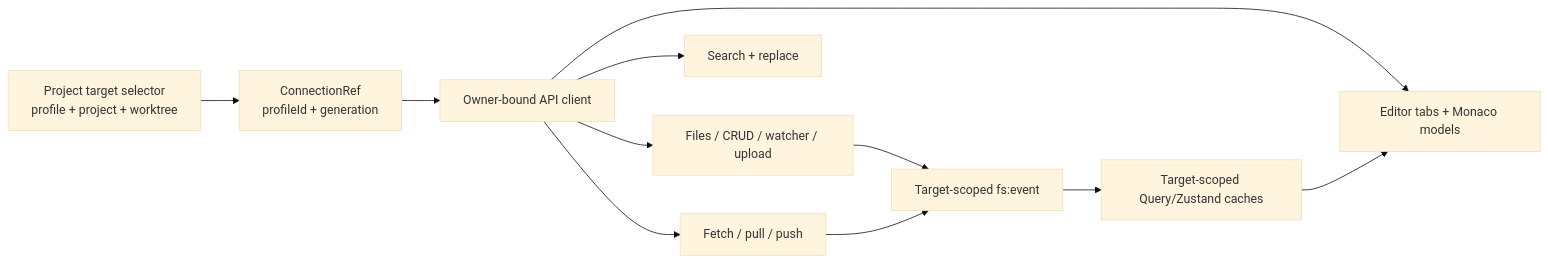
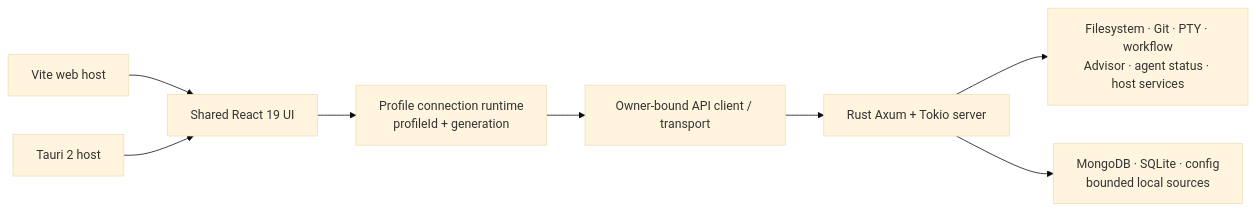
The diagram in docs/system-architecture.md (loidinhm31/dam-hopper), drawn with Mermaid (base theme) before and after one commit. The commit also changed other lines of this file and 238 other files, not shown here.

````diff
--- a/docs/system-architecture.md
+++ b/docs/system-architecture.md
@@ -169,13 +9,10 @@
 ```mermaid
 flowchart LR
-    Selection["Project target selector<br/>profile + project + worktree"] --> Owner["ConnectionRef<br/>profileId + generation"]
-    Owner --> Client["Owner-bound API client"]
-    Client --> Fs["Files / CRUD / watcher / upload"]
-    Client --> Editor["Editor tabs + Monaco models"]
-    Client --> Search["Search + replace"]
-    Client --> Git["Fetch / pull / push"]
-    Fs --> Events["Target-scoped fs:event"]
-    Git --> Events
-    Events --> Cache["Target-scoped Query/Zustand caches"]
-    Cache --> Editor
+  Web["Vite web host"] --> UI["Shared React 19 UI"]
+  Native["Tauri 2 host"] --> UI
+  UI --> Profiles["Profile connection runtime<br/>profileId + generation"]
+  Profiles --> Client["Owner-bound API client / transport"]
+  Client --> Server["Rust Axum + Tokio server"]
+  Server --> Domains["Filesystem · Git · PTY · workflow<br/>Advisor · agent status · host services"]
+  Server --> Store["MongoDB · SQLite · config<br/>bounded local sources"]
 ```
````
